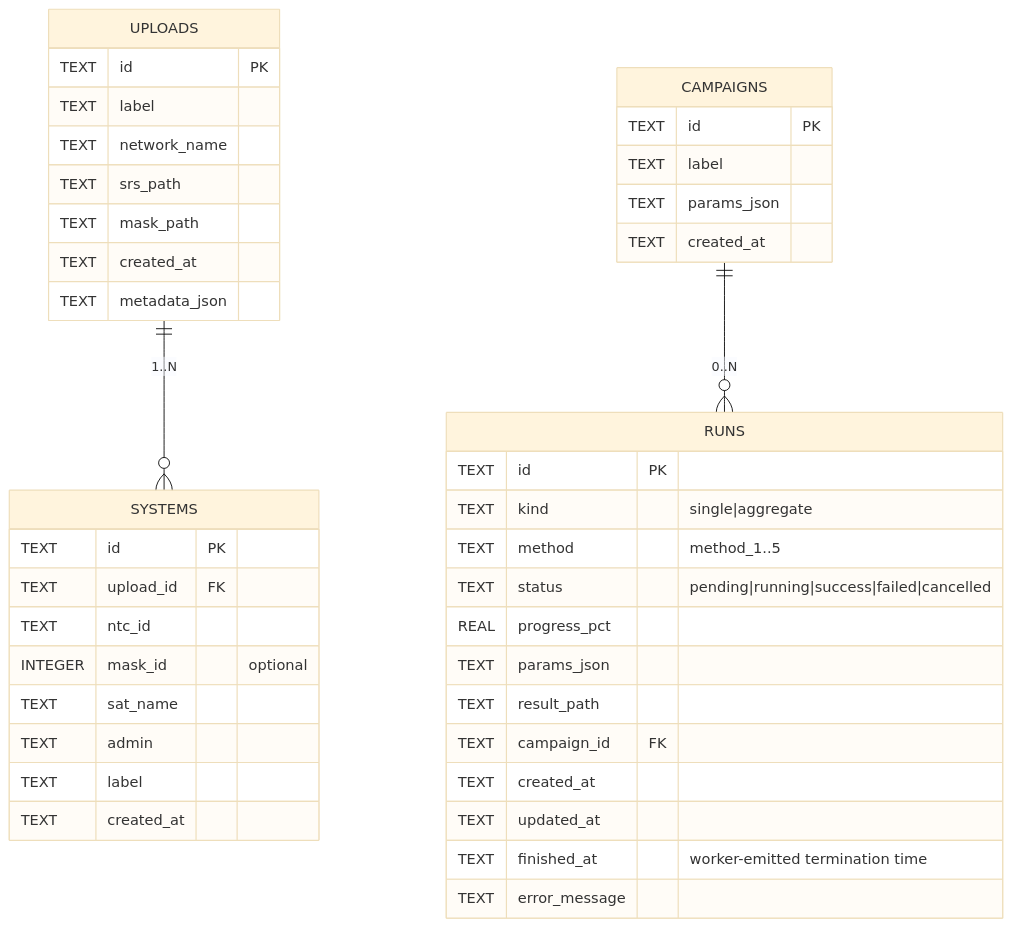
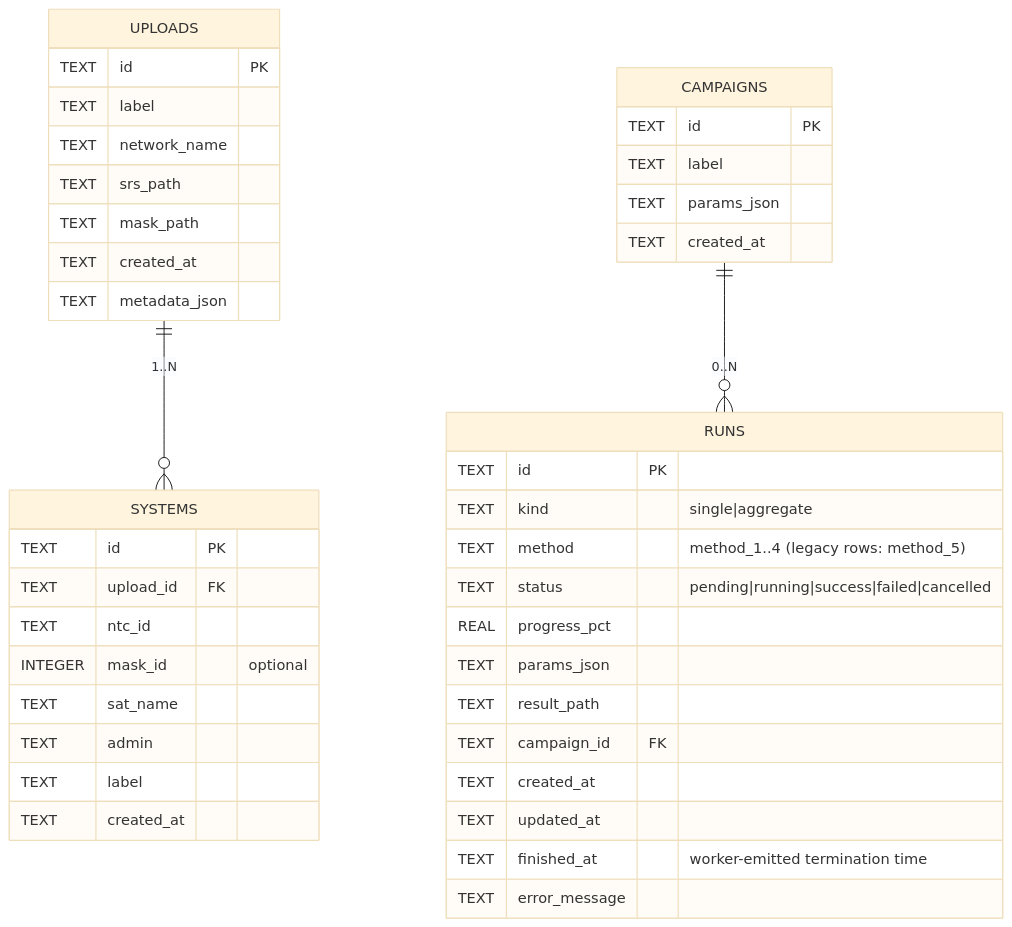
Before and after one commit to SIMULATOR-WG/SHARC-Orbit_colab_ITU: the fifth of 19 diagrams in ARCHITECTURE.md, drawn with Mermaid (base theme). The commit also changed other lines of this file and 5 other files, not shown here.

First line of the commit message:
docs: update architecture and README for method changes

````diff
--- a/ARCHITECTURE.md
+++ b/ARCHITECTURE.md
@@ -824,44 +800,44 @@
 ```mermaid
 erDiagram
     UPLOADS ||--o{ SYSTEMS : "1..N"
     UPLOADS {
         TEXT id PK
         TEXT label
         TEXT network_name
         TEXT srs_path
         TEXT mask_path
         TEXT created_at
         TEXT metadata_json
     }
     SYSTEMS {
         TEXT id PK
         TEXT upload_id FK
         TEXT ntc_id
         INTEGER mask_id "optional"
         TEXT sat_name
         TEXT admin
         TEXT label
         TEXT created_at
     }
     CAMPAIGNS ||--o{ RUNS : "0..N"
     CAMPAIGNS {
         TEXT id PK
         TEXT label
         TEXT params_json
         TEXT created_at
     }
     RUNS {
         TEXT id PK
         TEXT kind "single|aggregate"
-        TEXT method "method_1..5"
+        TEXT method "method_1..4 (legacy rows: method_5)"
         TEXT status "pending|running|success|failed|cancelled"
         REAL progress_pct
         TEXT params_json
         TEXT result_path
         TEXT campaign_id FK
         TEXT created_at
         TEXT updated_at
         TEXT finished_at "worker-emitted termination time"
         TEXT error_message
     }
 ```
````
